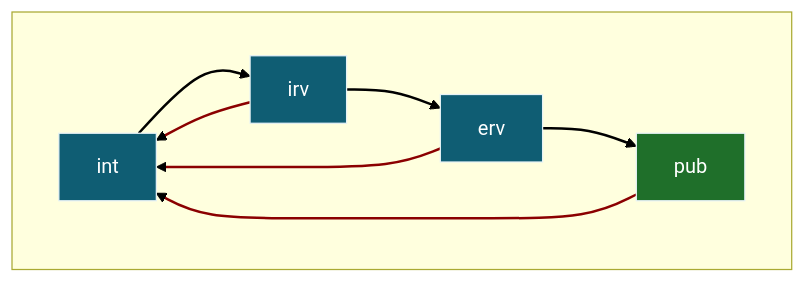
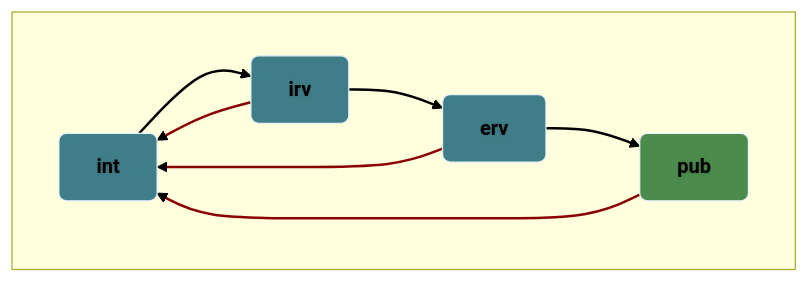
The diagram in docs/method/validation-ontology.md (Health-RI/semantic-interoperability), drawn with Mermaid before and after one commit. The commit also changed 4 other files, not shown here.

First line of the commit message:
docs(method): add ontology note policy; regroup nav; fix link; tweak diagrams

````diff
--- a/docs/method/validation-ontology.md
+++ b/docs/method/validation-ontology.md
@@ -230,37 +230,38 @@
 ```mermaid
-%%{init: {"themeVariables": {"primaryTextColor": "#ffffff", "tertiaryTextColor": "#ffffff"}} }%%
 flowchart LR
 
   %% Row with even spacing
   subgraph ROW[ ]
     direction LR
     INT[int]
     IRV[irv]
     ERV[erv]
     PUB[pub]
   end
 
   %% Forward edges (black)
   INT --> IRV --> ERV --> PUB
 
   %% Reversions (dark red)
   IRV --> INT
   ERV --> INT
   PUB --> INT
 
-  %% Node styling
-  classDef stage fill:#0f5d73,stroke:#e6f2f6,color:#ffffff;
-  classDef pub   fill:#1f6f2a,stroke:#e6f2f6,color:#ffffff;
+  %% Node styling (theme-independent legibility)
+  %% - semi-transparent fills to boost contrast on any theme
+  %% - bold, slight rounding, small padding
+  classDef stage fill:#0f5d73cc,stroke:#e6f2f6,color:inherit,font-weight:bold,rx:6,ry:6,padding:4;
+  classDef pub   fill:#1f6f2acc,stroke:#e6f2f6,color:inherit,font-weight:bold,rx:6,ry:6,padding:4;
   class INT,IRV,ERV stage;
   class PUB pub;
+
+  %% Subtle text halo for legibility on light backgrounds
+  style INT text-shadow:0px 0px 3px #00000033
+  style IRV text-shadow:0px 0px 3px #00000033
+  style ERV text-shadow:0px 0px 3px #00000033
+  style PUB text-shadow:0px 0px 3px #00000033
 
   %% Edge styling
   linkStyle default stroke:#000000,stroke-width:2px;
   linkStyle 3,4,5 stroke:#8B0000,stroke-width:2px;
-
-  %% Override text color directly
-  style INT color:#ffffff
-  style IRV color:#ffffff
-  style ERV color:#ffffff
-  style PUB color:#ffffff
 ```
````
